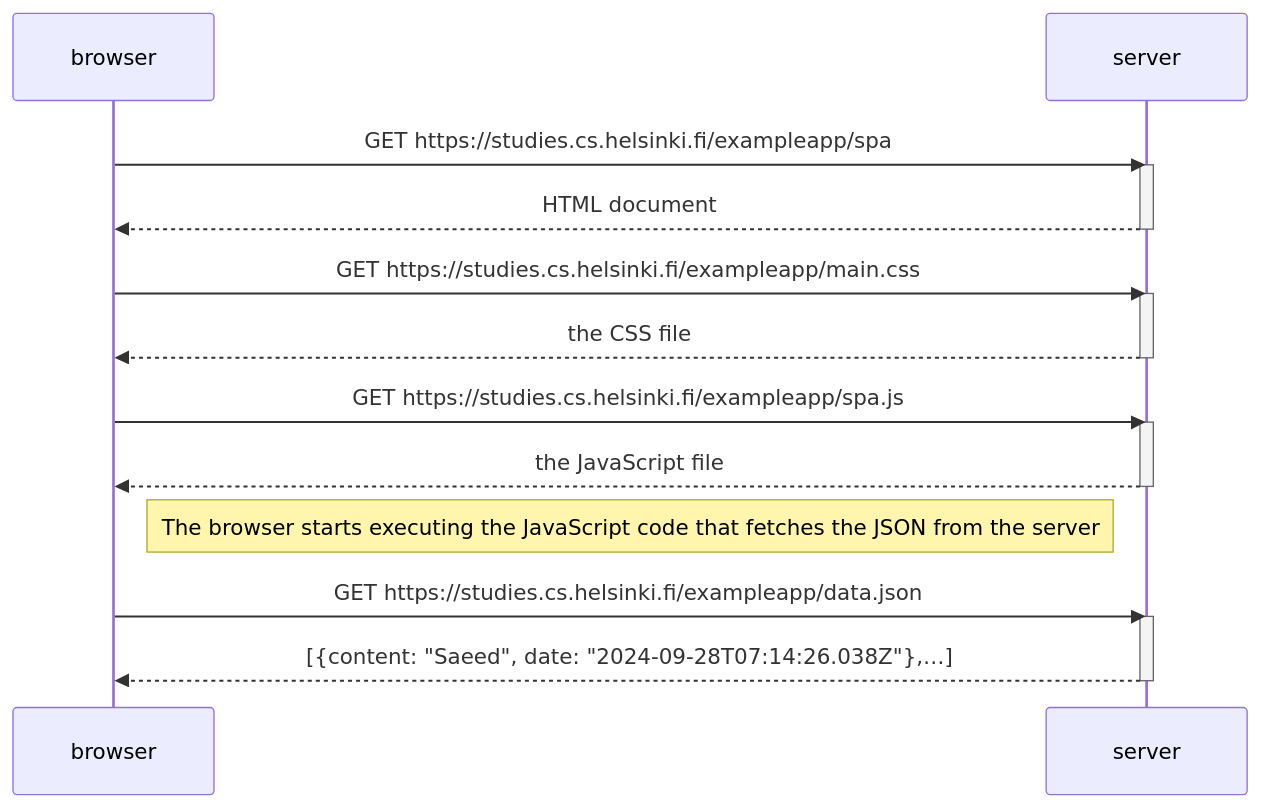
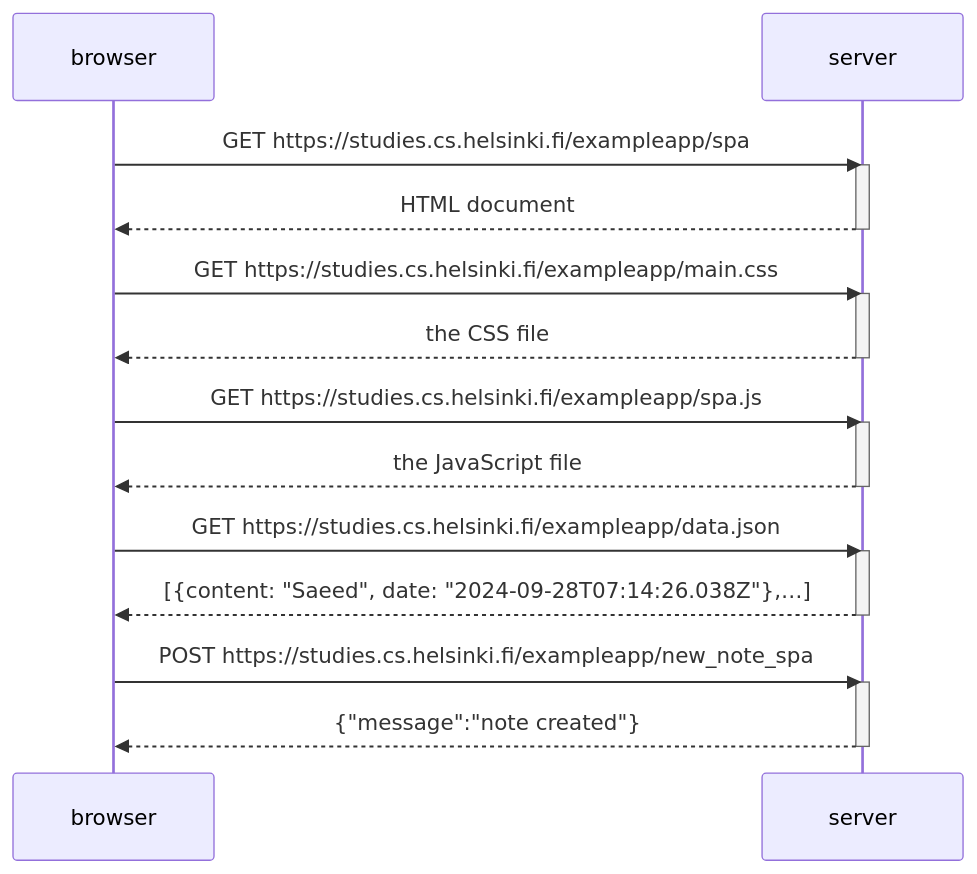
Before and after one commit to xhoiKabashi/Fullstack: the second of 2 diagrams in part0/README.md, drawn with Mermaid.

Commit message:
add sequenceDiagram

````diff
--- a/part0/README.md
+++ b/part0/README.md
@@ -29,27 +27,31 @@
 ```mermaid
 sequenceDiagram
     participant browser
     participant server
 
     browser->>server: GET https://studies.cs.helsinki.fi/exampleapp/spa
     activate server
     server-->>browser: HTML document
     deactivate server
 
     browser->>server: GET https://studies.cs.helsinki.fi/exampleapp/main.css
     activate server
     server-->>browser: the CSS file
     deactivate server
 
     browser->>server: GET https://studies.cs.helsinki.fi/exampleapp/spa.js
     activate server
     server-->>browser: the JavaScript file
     deactivate server
 
-    Note right of browser: The browser starts executing the JavaScript code that fetches the JSON from the server
-
     browser->>server: GET https://studies.cs.helsinki.fi/exampleapp/data.json
     activate server
     server-->>browser: [{content: "Saeed", date: "2024-09-28T07:14:26.038Z"},…]
     deactivate server
+
+    browser->>server: POST https://studies.cs.helsinki.fi/exampleapp/new_note_spa
+    activate server
+    server-->>browser: {"message":"note created"}
+    deactivate server
+
 ```
````
